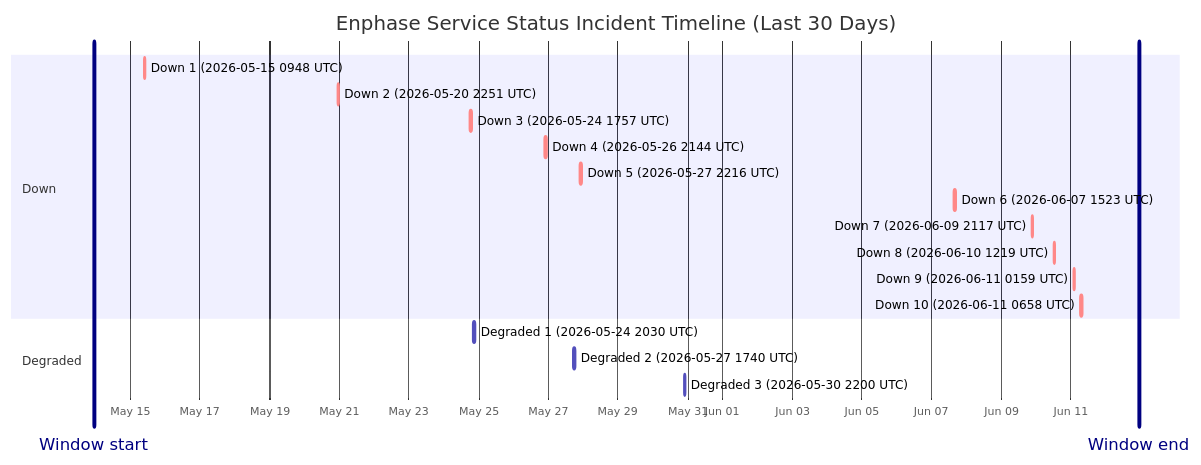
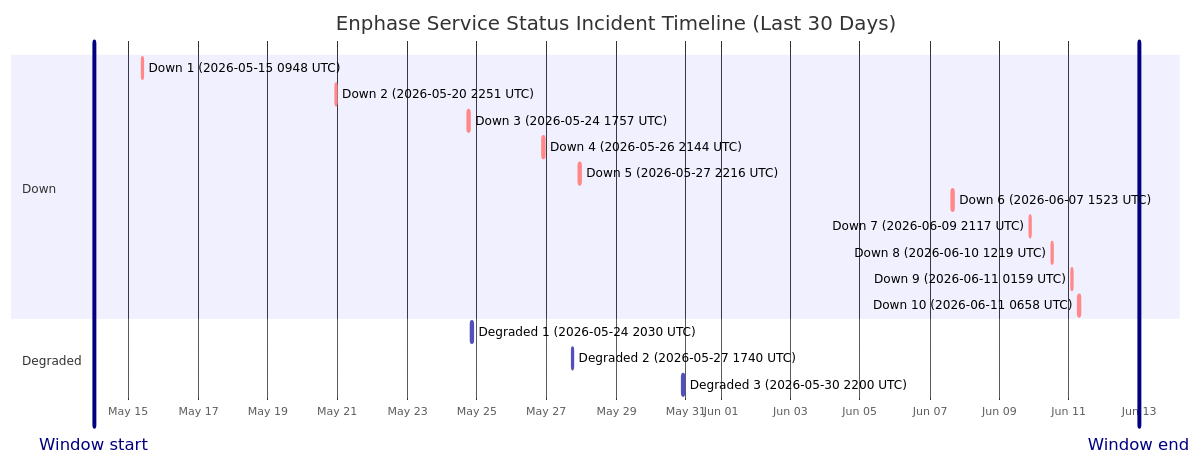
One commit to barneyonline/ha-enphase-energy changed the diagram in wiki/Service-Status-History.md. Above: the diagram before and after it, drawn with Mermaid. The commit also changed other lines of this file and 3 other files, not shown here.

````diff
--- a/wiki/Service-Status-History.md
+++ b/wiki/Service-Status-History.md
@@ -14,23 +14,23 @@
 ```mermaid
 gantt
     title Enphase Service Status Incident Timeline (Last 30 Days)
     dateFormat  YYYY-MM-DDTHH:mm:ss
     axisFormat  %b %d
-    Window start :vert, window-start, 2026-05-13T22:56:10, 0ms
-    Window end :vert, window-end, 2026-06-12T22:56:10, 0ms
+    Window start :vert, window-start, 2026-05-14T00:20:22, 0ms
+    Window end :vert, window-end, 2026-06-13T00:20:22, 0ms
     section Down
     Down 1 (2026-05-15 0948 UTC) :crit, down-1, 2026-05-15T09:48:18, 60m
     Down 2 (2026-05-20 2251 UTC) :crit, down-2, 2026-05-20T22:51:14, 75m
     Down 3 (2026-05-24 1757 UTC) :crit, down-3, 2026-05-24T17:57:41, 86m
     Down 4 (2026-05-26 2144 UTC) :crit, down-4, 2026-05-26T21:44:11, 85m
     Down 5 (2026-05-27 2216 UTC) :crit, down-5, 2026-05-27T22:16:53, 87m
     Down 6 (2026-06-07 1523 UTC) :crit, down-6, 2026-06-07T15:23:22, 87m
     Down 7 (2026-06-09 2117 UTC) :crit, down-7, 2026-06-09T21:17:17, 60m
     Down 8 (2026-06-10 1219 UTC) :crit, down-8, 2026-06-10T12:19:21, 60m
     Down 9 (2026-06-11 0159 UTC) :crit, down-9, 2026-06-11T01:59:36, 60m
     Down 10 (2026-06-11 0658 UTC) :crit, down-10, 2026-06-11T06:58:45, 60m
     section Degraded
     Degraded 1 (2026-05-24 2030 UTC) :active, degraded-1, 2026-05-24T20:30:57, 84m
     Degraded 2 (2026-05-27 1740 UTC) :active, degraded-2, 2026-05-27T17:40:52, 60m
     Degraded 3 (2026-05-30 2200 UTC) :active, degraded-3, 2026-05-30T22:00:37, 60m
 ```
````
